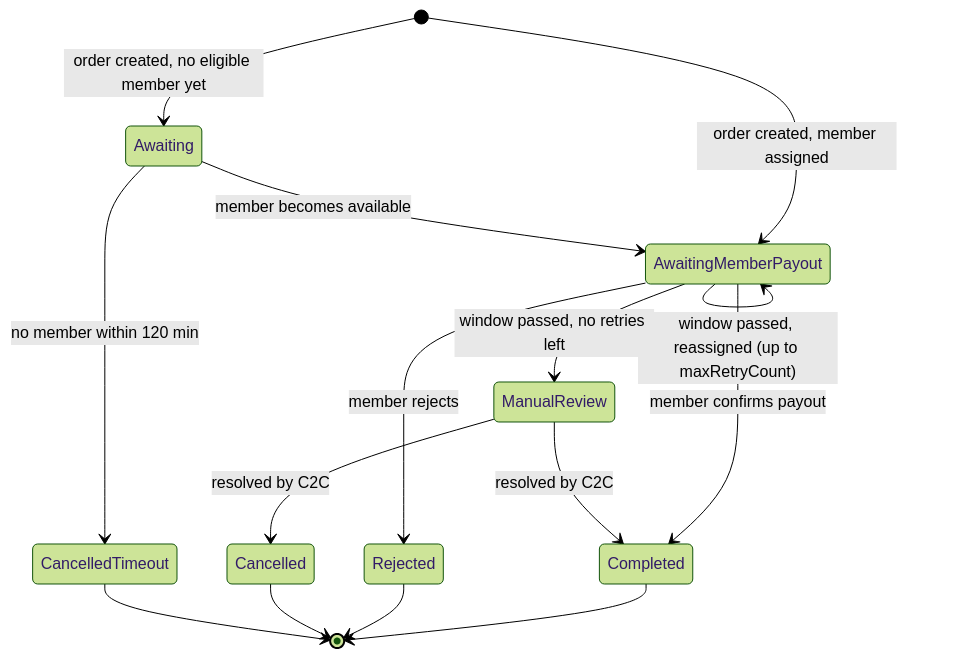
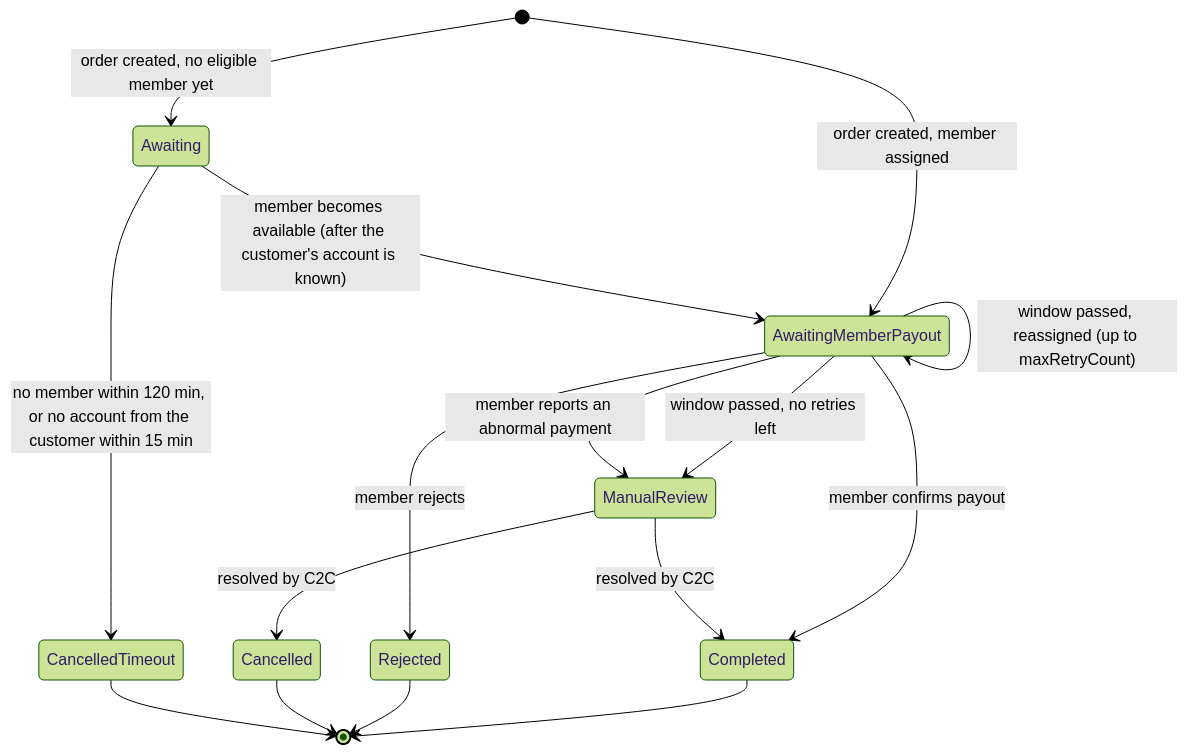
Before and after one commit to harisnaseer191/c2c-mintlify-docs: the second of 2 diagrams in guides/withdrawal-flow.mdx, drawn with Mermaid (forest theme). The commit also changed other lines of this file and 9 other files, not shown here.

First line of the commit message:
Document withdrawals collected on the hosted page, payment proof and abnormal-payment review (#7)

````diff
--- a/guides/withdrawal-flow.mdx
+++ b/guides/withdrawal-flow.mdx
@@ -73,17 +84,18 @@
 ```mermaid
 stateDiagram-v2
     [*] --> AwaitingMemberPayout: order created, member assigned
     [*] --> Awaiting: order created, no eligible member yet
-    Awaiting --> AwaitingMemberPayout: member becomes available
-    Awaiting --> CancelledTimeout: no member within 120 min
+    Awaiting --> AwaitingMemberPayout: member becomes available (after the customer's account is known)
+    Awaiting --> CancelledTimeout: no member within 120 min, or no account from the customer within 15 min
     AwaitingMemberPayout --> AwaitingMemberPayout: window passed, reassigned (up to maxRetryCount)
     AwaitingMemberPayout --> Completed: member confirms payout
     AwaitingMemberPayout --> Rejected: member rejects
     AwaitingMemberPayout --> ManualReview: window passed, no retries left
+    AwaitingMemberPayout --> ManualReview: member reports an abnormal payment
     ManualReview --> Completed: resolved by C2C
     ManualReview --> Cancelled: resolved by C2C
     Completed --> [*]
     Rejected --> [*]
     Cancelled --> [*]
     CancelledTimeout --> [*]
 ```
````
